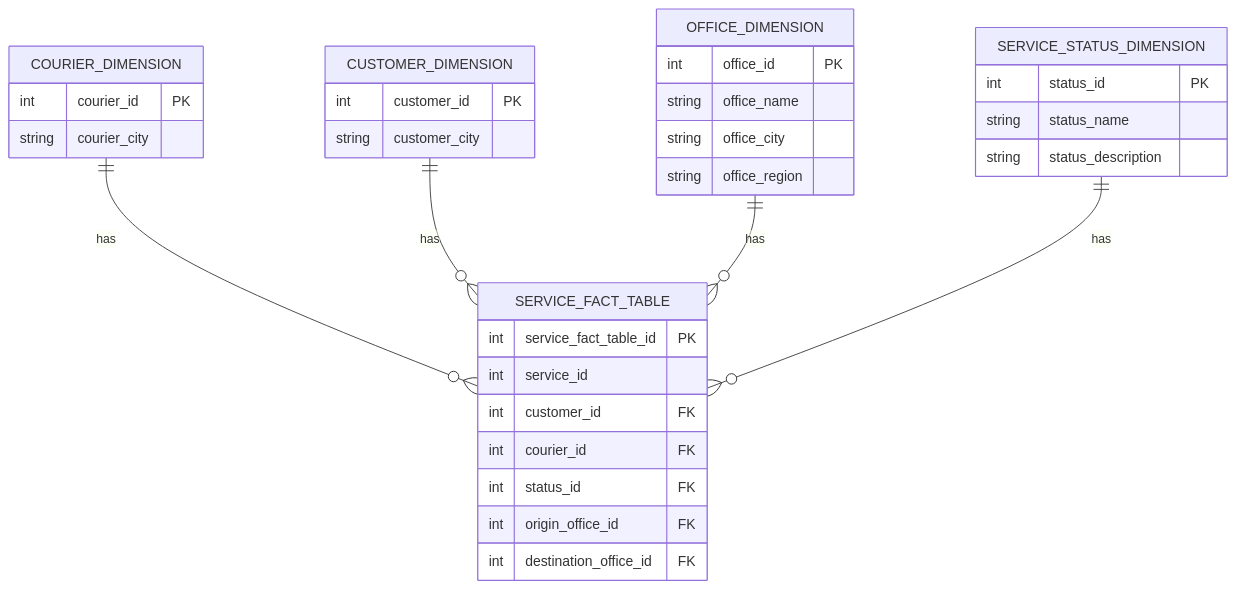
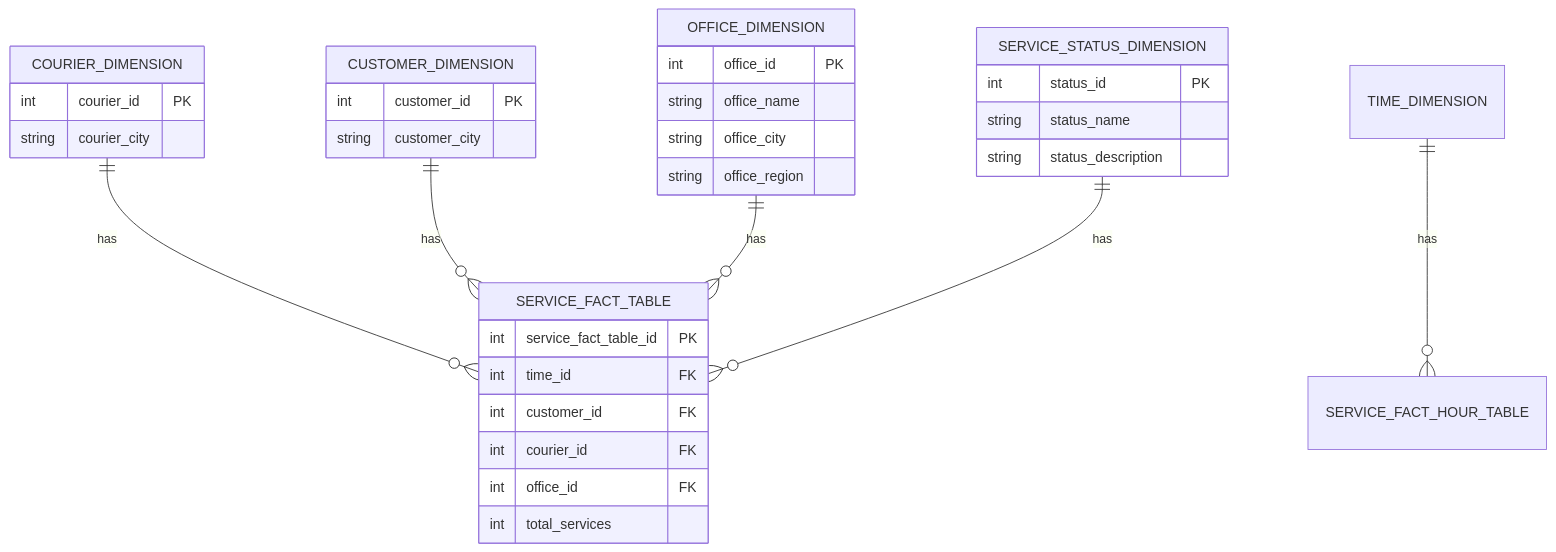
The eighth of 9 diagrams in dimensions_and_data_marts.md (LONG-TERM-EFFECTS-OF-SUFFERING/Rapidos_y_Furiosos_data_warehouse), drawn with Mermaid before and after one commit.

Commit message:
fix service hour and daily data mart design

````diff
--- a/dimensions_and_data_marts.md
+++ b/dimensions_and_data_marts.md
@@ -122,40 +122,40 @@
 ```MERMAID
 erDiagram
     COURIER_DIMENSION {
         int courier_id PK
         string courier_city
     }
 
     CUSTOMER_DIMENSION {
         int customer_id PK
         string customer_city
     }
 
     OFFICE_DIMENSION {
         int office_id PK
         string office_name
         string office_city
         string office_region
     }
 
     SERVICE_STATUS_DIMENSION {
         int status_id PK
         string status_name
         string status_description
     }
 
     SERVICE_FACT_TABLE {
         int service_fact_table_id PK
-        int service_id
+        int time_id FK
         int customer_id FK
         int courier_id FK
-        int status_id FK
-        int origin_office_id FK
-        int destination_office_id FK
+        int office_id FK
+        int total_services
     }
 
+    TIME_DIMENSION ||--o{ SERVICE_FACT_HOUR_TABLE : "has"
     COURIER_DIMENSION ||--o{ SERVICE_FACT_TABLE : "has"
     CUSTOMER_DIMENSION ||--o{ SERVICE_FACT_TABLE : "has"
     OFFICE_DIMENSION ||--o{ SERVICE_FACT_TABLE : "has"
     SERVICE_STATUS_DIMENSION ||--o{ SERVICE_FACT_TABLE : "has"
 ```
````
